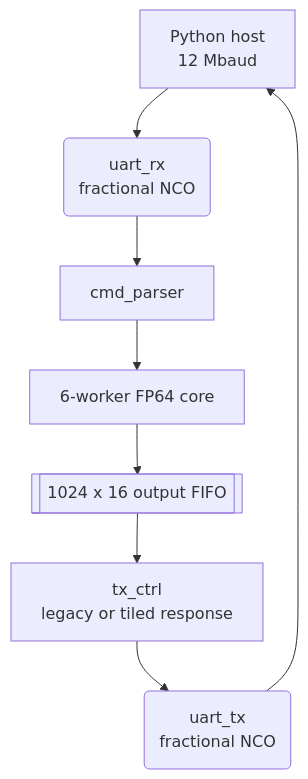
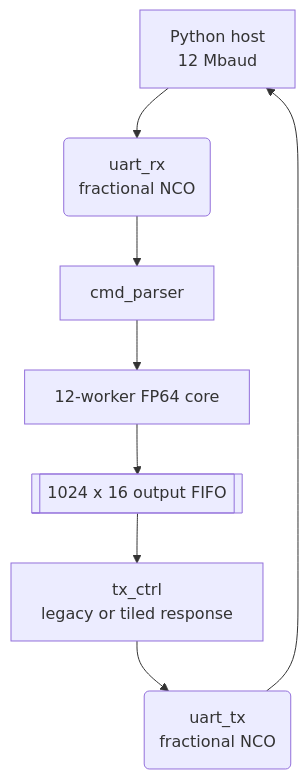
One commit to RESBI/FPGA-Mandelbrot-Demo changed diagram 13 of 16 in doc/ARCHITECTURE.md. Above: the diagram before and after it, drawn with Mermaid. The commit also changed other lines of this file and 35 other files, not shown here.

````diff
--- a/doc/ARCHITECTURE.md
+++ b/doc/ARCHITECTURE.md
@@ -698,10 +697,10 @@
 ```mermaid
 flowchart TB
     HOST["Python host<br/>12 Mbaud"] --> RX("uart_rx<br/>fractional NCO")
     RX --> CMD["cmd_parser"]
-    CMD --> CORE["6-worker FP64 core"]
+    CMD --> CORE["12-worker FP64 core"]
     CORE --> OFIFO[["1024 x 16 output FIFO"]]
     OFIFO --> TXC["tx_ctrl<br/>legacy or tiled response"]
     TXC --> TX("uart_tx<br/>fractional NCO")
     TX --> HOST
 ```
````
